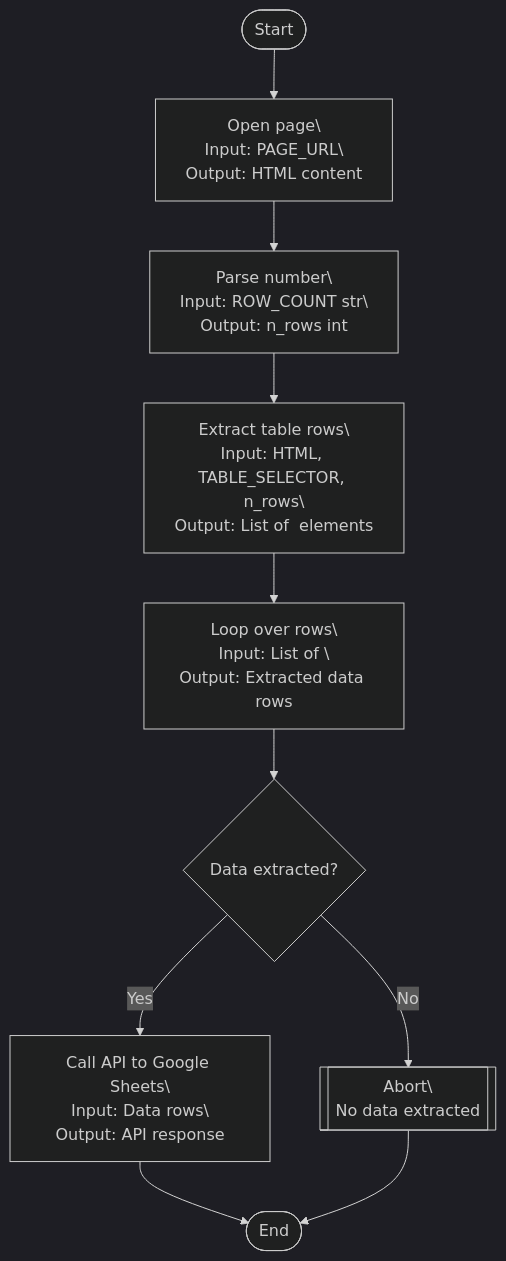
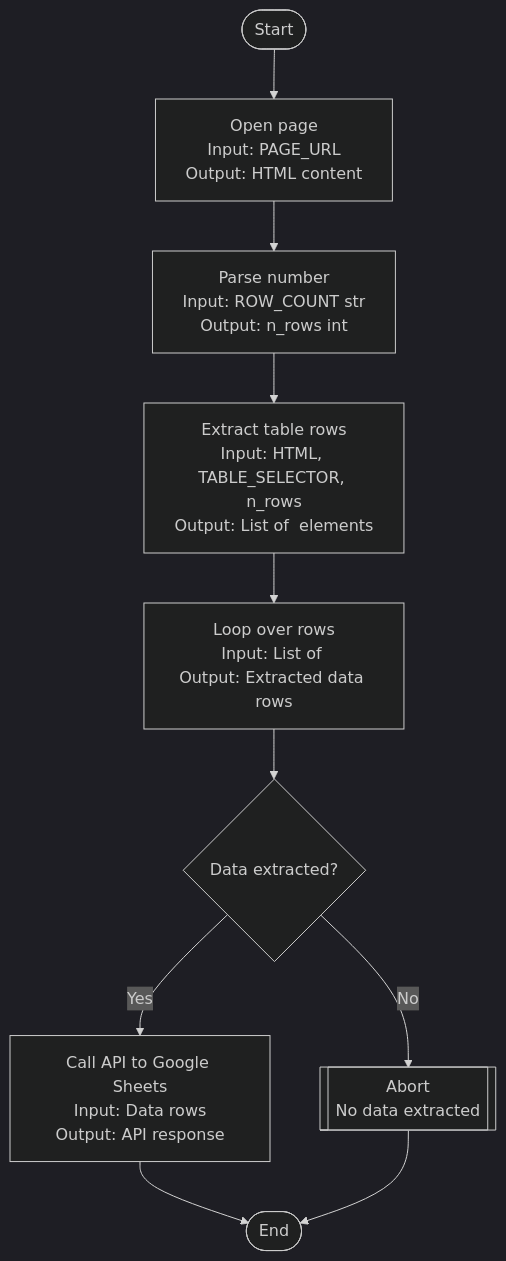
One commit to abhishek-iiit/wikmediaTableParser changed the diagram in README.md. Above: the diagram before and after it, drawn with Mermaid (dark theme).

Commit message:
added flowchart

````diff
--- a/README.md
+++ b/README.md
@@ -38,16 +38,27 @@
 ```mermaid
 flowchart TD
     A([Start])
-    B[Open page\\nInput: PAGE_URL\\nOutput: HTML content]
-    C[Parse number\\nInput: ROW_COUNT str\\nOutput: n_rows int]
-    D[Extract table rows\\nInput: HTML, TABLE_SELECTOR, n_rows\\nOutput: List of <tr> elements]
-    E[Loop over rows\\nInput: List of <tr>\\nOutput: Extracted data rows]
+    B[Open page
+Input: PAGE_URL
+Output: HTML content]
+    C[Parse number
+Input: ROW_COUNT str
+Output: n_rows int]
+    D[Extract table rows
+Input: HTML, TABLE_SELECTOR, n_rows
+Output: List of <tr> elements]
+    E[Loop over rows
+Input: List of <tr>
+Output: Extracted data rows]
     F{Data extracted?}
-    G[Call API to Google Sheets\\nInput: Data rows\\nOutput: API response]
+    G[Call API to Google Sheets
+Input: Data rows
+Output: API response]
     H([End])
-    I[[Abort\\nNo data extracted]]
+    I[[Abort
+No data extracted]]
 
     A --> B --> C --> D --> E --> F
     F -- Yes --> G --> H
     F -- No --> I --> H
 ```
````
